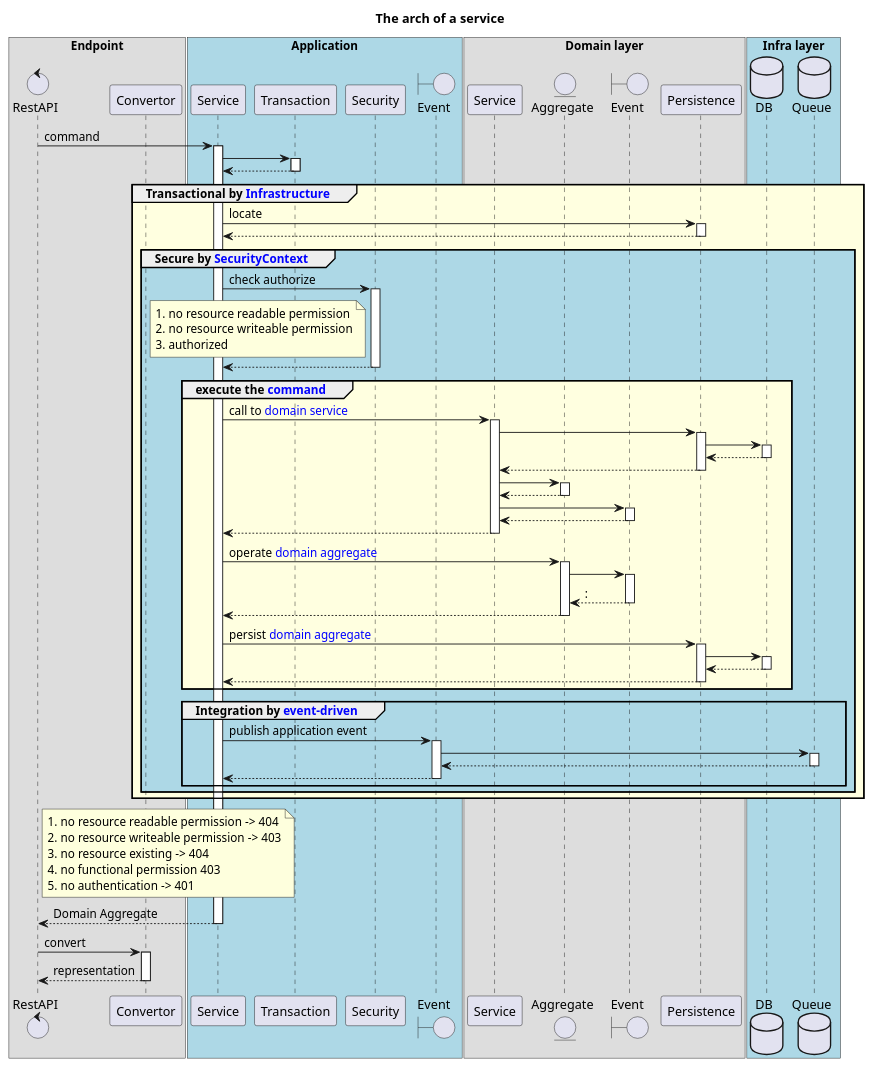
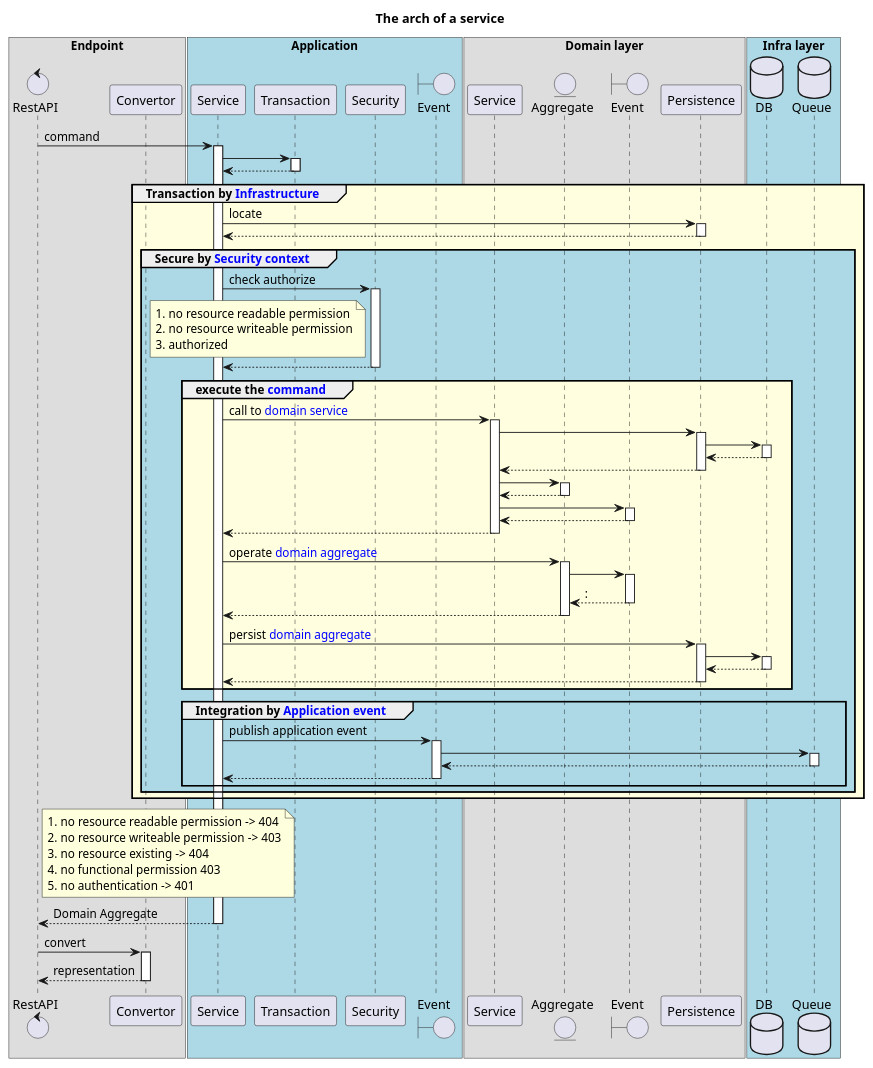
Before and after one commit to c5ms/eleven: the diagram in src/uml/Arch-service.puml, drawn with PlantUML. The commit also changed 55 other files, not shown here.

```diff
--- a/src/uml/Arch-service.puml
+++ b/src/uml/Arch-service.puml
@@ -1,112 +1,112 @@
 @startuml
 'https://plantuml.com/sequence-diagram
 
 title The arch of a service
 
 
 '!theme plain
 autoactivate on
 'autonumber
 
 box "Endpoint"
     control       "RestAPI"                      as endpoint
     participant   "Convertor"                    as Convertor
 end box
 
 box "Application"  #LightBlue
     participant       Service                    as Service
     participant       Transaction                as Transaction
     participant       Security                   as Security
     boundary          Event                      as applicationEvent
 end box
 
 box "Domain layer"
     participant     Service                      as manager
     entity          Aggregate                    as model
     boundary        Event                        as domainEvent
     participant     Persistence                  as persist
 end box
 
 box "Infra layer"  #LightBlue
     database        DB                  as db
     database        Queue               as message
 end box
 
 
     endpoint -> Service  : command
 
         Service -> Transaction
         return
 
-            group #LightYellow  Transactional by <color:blue>Infrastructure</color>
+            group #LightYellow  Transaction by <color:blue>Infrastructure</color>
 
                     Service -> persist : locate
                     return
 
-                    group #LightBlue Secure by <color:blue>SecurityContext</color>
+                    group #LightBlue Secure by <color:blue>Security context</color>
 
                         Service -> Security : check authorize
                         note left Security
                               1. no resource readable permission
                               2. no resource writeable permission
                               3. authorized
                         end note
                         return
 
                         group #LightYellow execute the <color:blue>command</color>
 
 
                         Service -> manager : call to <color:blue>domain service</color>
                             manager -> persist
                                 persist -> db
                                 return
                             return
                             manager -> model
                             return
                             manager -> domainEvent:
                             return
                         return
 
 
                         Service -> model : operate <color:blue>domain aggregate</color>
                             model -> domainEvent
                             return:
                         return
 
 
 
 
 
                         Service -> persist : persist <color:blue>domain aggregate</color>
                             persist -> db
                             return
                         return
 
                         end group
 
 
-                        group Integration by <color:blue>event-driven</color>
+                        group Integration by <color:blue>Application event</color>
                             Service -> applicationEvent : publish application event
                                 applicationEvent -> message
                                 return
                             return
 
                         end group
 
                     end group
 
             end group
 
         note right endpoint
             1. no resource readable permission -> 404
             2. no resource writeable permission -> 403
             3. no resource existing -> 404
             4. no functional permission 403
             5. no authentication -> 401
         end note
         return Domain Aggregate
 
         endpoint->Convertor : convert
         return representation
 
 @enduml
```
